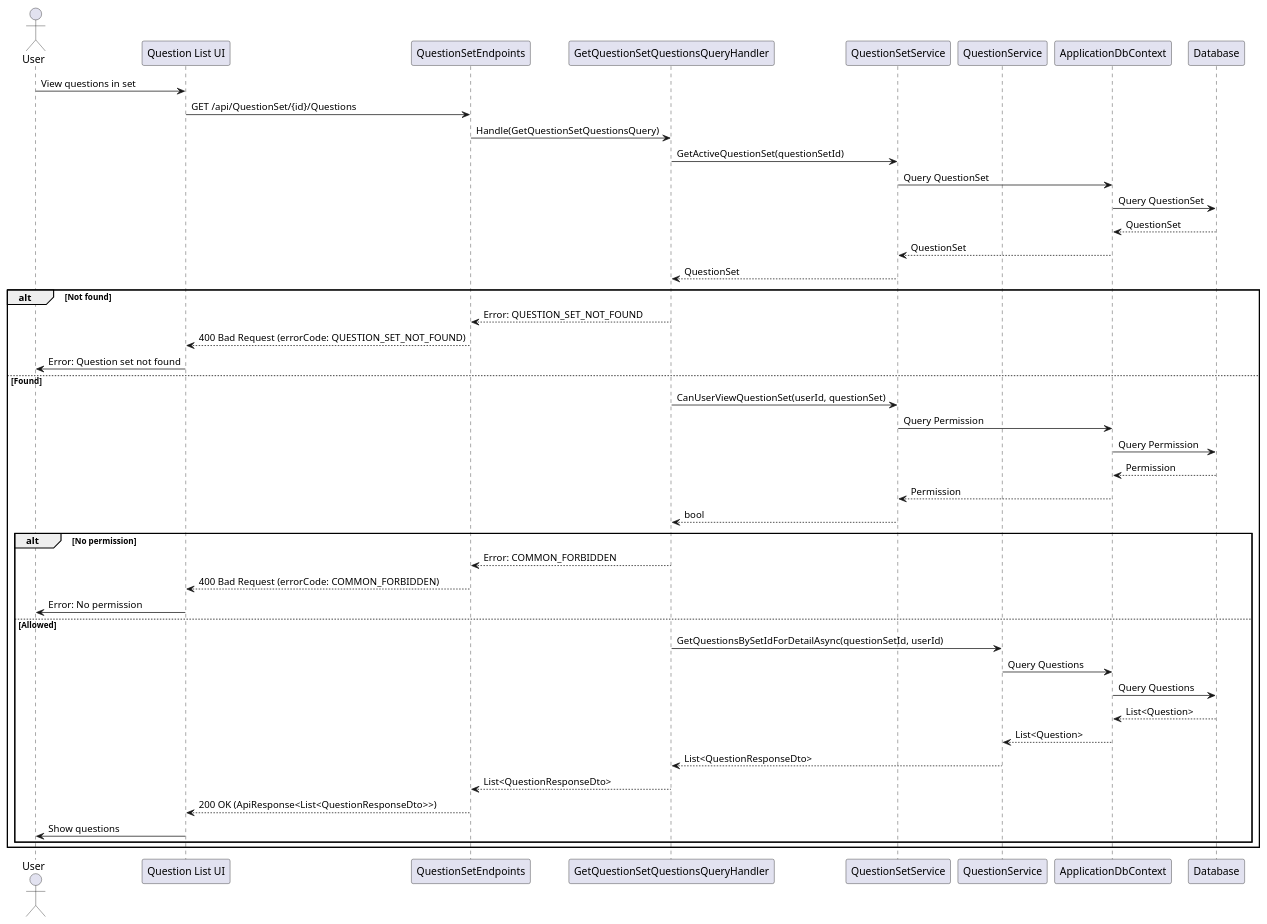
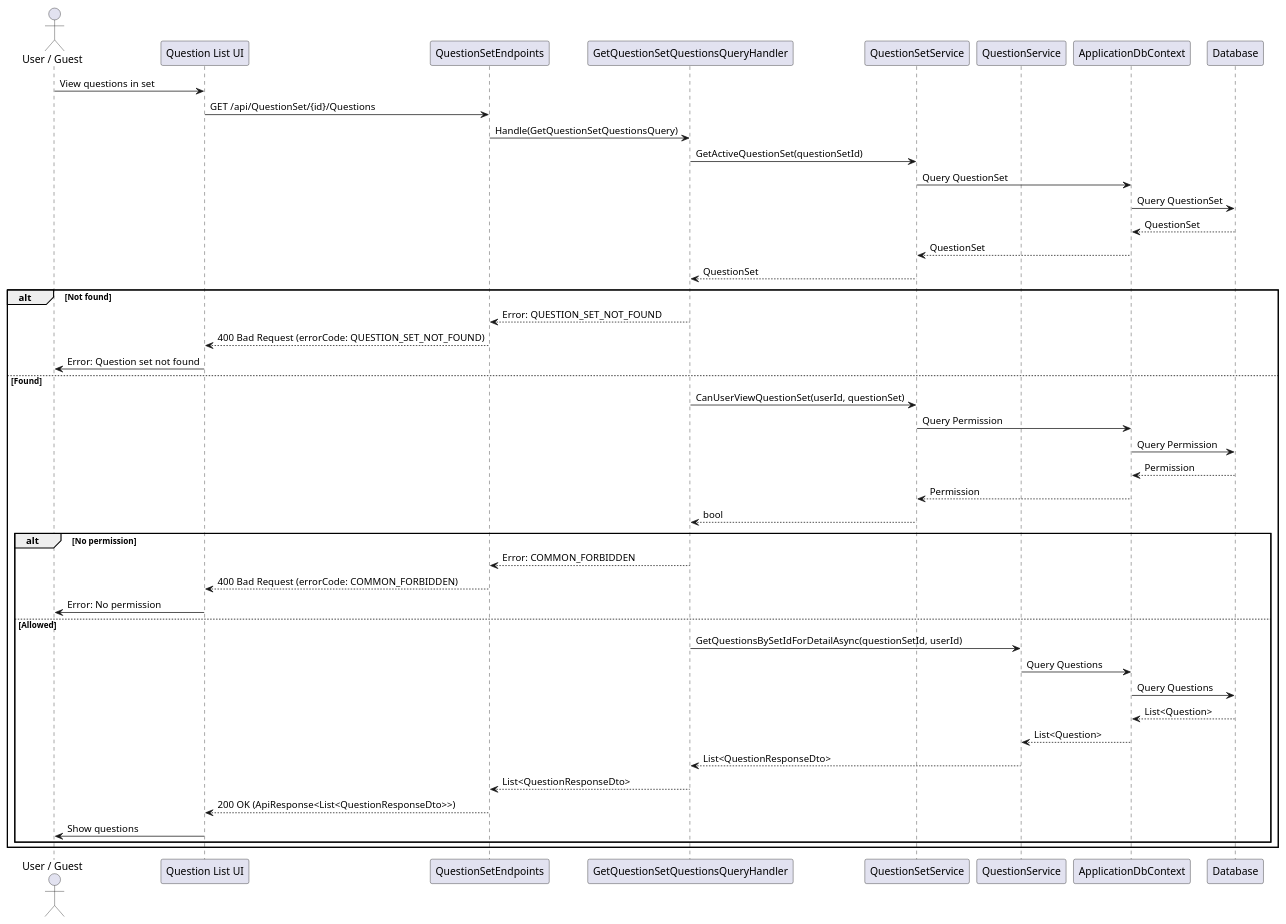
The diagram in document/questionset/Sequence/GetQuestionSetQuestionsQuery.puml (thanhkhac/AIQuizzizz-Backend), drawn with PlantUML before and after one commit. The commit also changed 22 other files, not shown here.

First line of the commit message:
Add class and question set sequence diagrams, update PlantUML docs

```diff
--- a/document/questionset/Sequence/GetQuestionSetQuestionsQuery.puml
+++ b/document/questionset/Sequence/GetQuestionSetQuestionsQuery.puml
@@ -1,47 +1,47 @@
 @startuml
-actor User
+actor "User / Guest" as User
 participant "Question List UI" as UI
 participant QuestionSetEndpoints
 participant GetQuestionSetQuestionsQueryHandler as Handler
 participant QuestionSetService
 participant QuestionService
 participant ApplicationDbContext
 participant Database
 
 User -> UI : View questions in set
 UI -> QuestionSetEndpoints : GET /api/QuestionSet/{id}/Questions
 QuestionSetEndpoints -> Handler : Handle(GetQuestionSetQuestionsQuery)
 Handler -> QuestionSetService : GetActiveQuestionSet(questionSetId)
 QuestionSetService -> ApplicationDbContext : Query QuestionSet
 ApplicationDbContext -> Database : Query QuestionSet
 Database --> ApplicationDbContext : QuestionSet
 ApplicationDbContext --> QuestionSetService : QuestionSet
 QuestionSetService --> Handler : QuestionSet
 alt Not found
     Handler --> QuestionSetEndpoints : Error: QUESTION_SET_NOT_FOUND
     QuestionSetEndpoints --> UI : 400 Bad Request (errorCode: QUESTION_SET_NOT_FOUND)
     UI -> User : Error: Question set not found
 else Found
     Handler -> QuestionSetService : CanUserViewQuestionSet(userId, questionSet)
     QuestionSetService -> ApplicationDbContext : Query Permission
     ApplicationDbContext -> Database : Query Permission
     Database --> ApplicationDbContext : Permission
     ApplicationDbContext --> QuestionSetService : Permission
     QuestionSetService --> Handler : bool
     alt No permission
         Handler --> QuestionSetEndpoints : Error: COMMON_FORBIDDEN
         QuestionSetEndpoints --> UI : 400 Bad Request (errorCode: COMMON_FORBIDDEN)
         UI -> User : Error: No permission
     else Allowed
         Handler -> QuestionService : GetQuestionsBySetIdForDetailAsync(questionSetId, userId)
         QuestionService -> ApplicationDbContext : Query Questions
         ApplicationDbContext -> Database : Query Questions
         Database --> ApplicationDbContext : List<Question>
         ApplicationDbContext --> QuestionService : List<Question>
         QuestionService --> Handler : List<QuestionResponseDto>
         Handler --> QuestionSetEndpoints : List<QuestionResponseDto>
         QuestionSetEndpoints --> UI : 200 OK (ApiResponse<List<QuestionResponseDto>>)
         UI -> User : Show questions
     end
 end
 @enduml 
```
